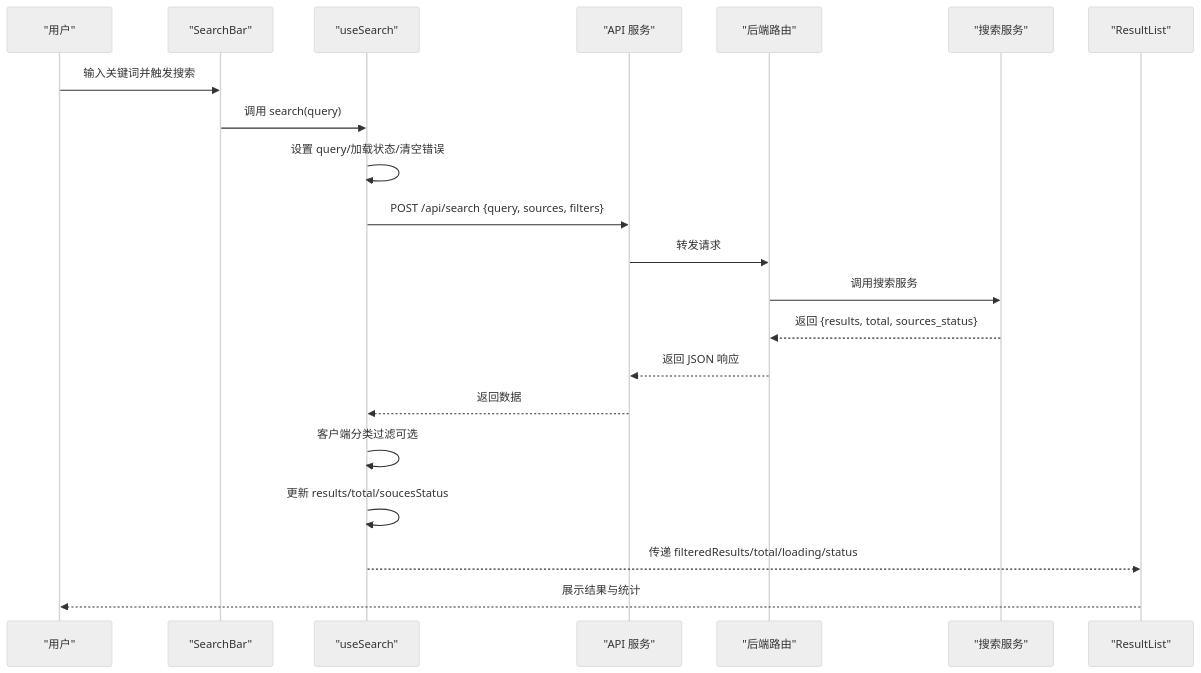
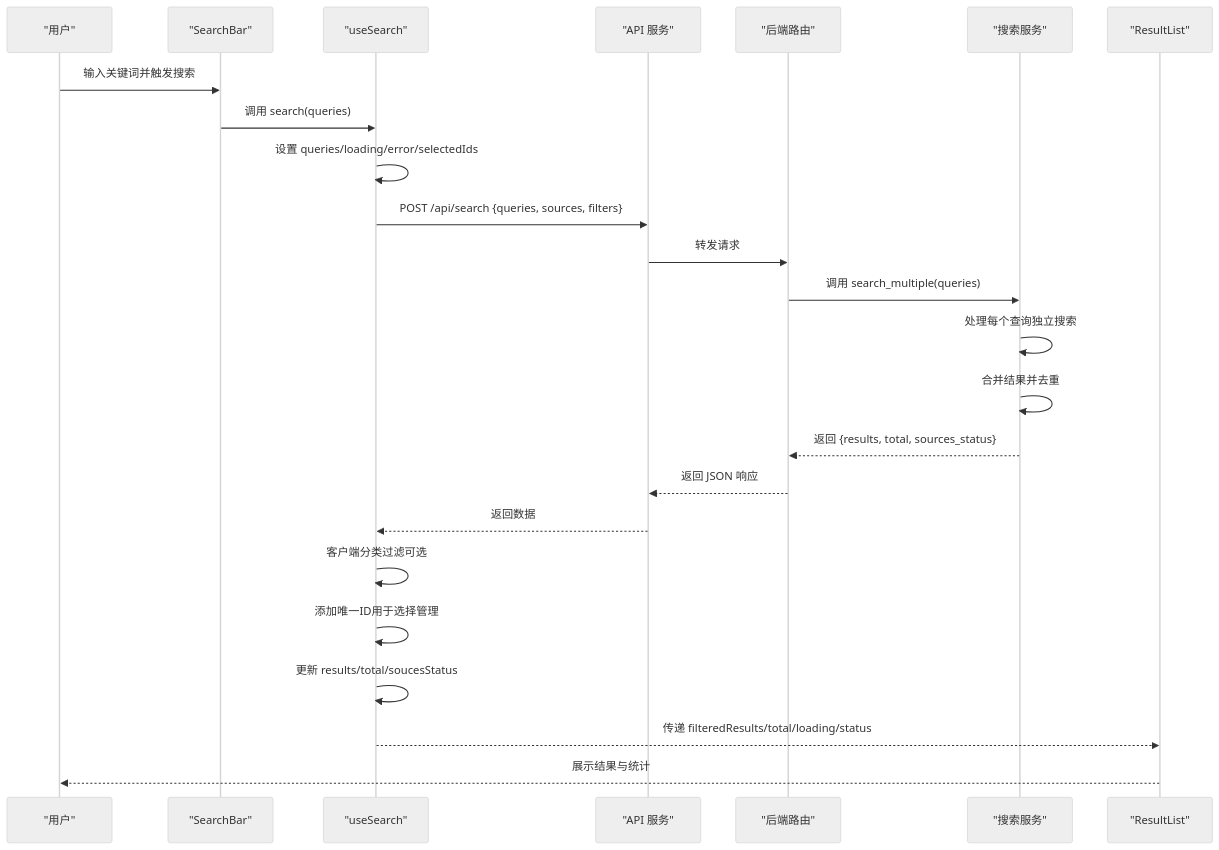
The second of 9 diagrams in .qoder/repowiki/zh/content/前端开发指南/自定义Hook系统/useSearch Hook.md (wangdy21/search_is_all_you_need), drawn with Mermaid (neutral theme) before and after one commit. The commit also changed other lines of this file and 11 other files, not shown here.

````diff
--- a/.qoder/repowiki/zh/content/前端开发指南/自定义Hook系统/useSearch Hook.md
+++ b/.qoder/repowiki/zh/content/前端开发指南/自定义Hook系统/useSearch Hook.md
@@ -109,23 +132,26 @@
 ```mermaid
 sequenceDiagram
 participant U as "用户"
 participant SB as "SearchBar"
 participant US as "useSearch"
 participant API as "API 服务"
 participant R as "后端路由"
 participant S as "搜索服务"
 participant RL as "ResultList"
 U->>SB : 输入关键词并触发搜索
-SB->>US : 调用 search(query)
-US->>US : 设置 query/加载状态/清空错误
-US->>API : POST /api/search {query, sources, filters}
+SB->>US : 调用 search(queries)
+US->>US : 设置 queries/loading/error/selectedIds
+US->>API : POST /api/search {queries, sources, filters}
 API->>R : 转发请求
-R->>S : 调用搜索服务
+R->>S : 调用 search_multiple(queries)
+S->>S : 处理每个查询独立搜索
+S->>S : 合并结果并去重
 S-->>R : 返回 {results, total, sources_status}
 R-->>API : 返回 JSON 响应
 API-->>US : 返回数据
 US->>US : 客户端分类过滤可选
+US->>US : 添加唯一ID用于选择管理
 US->>US : 更新 results/total/soucesStatus
 US-->>RL : 传递 filteredResults/total/loading/status
 RL-->>U : 展示结果与统计
 ```
````
